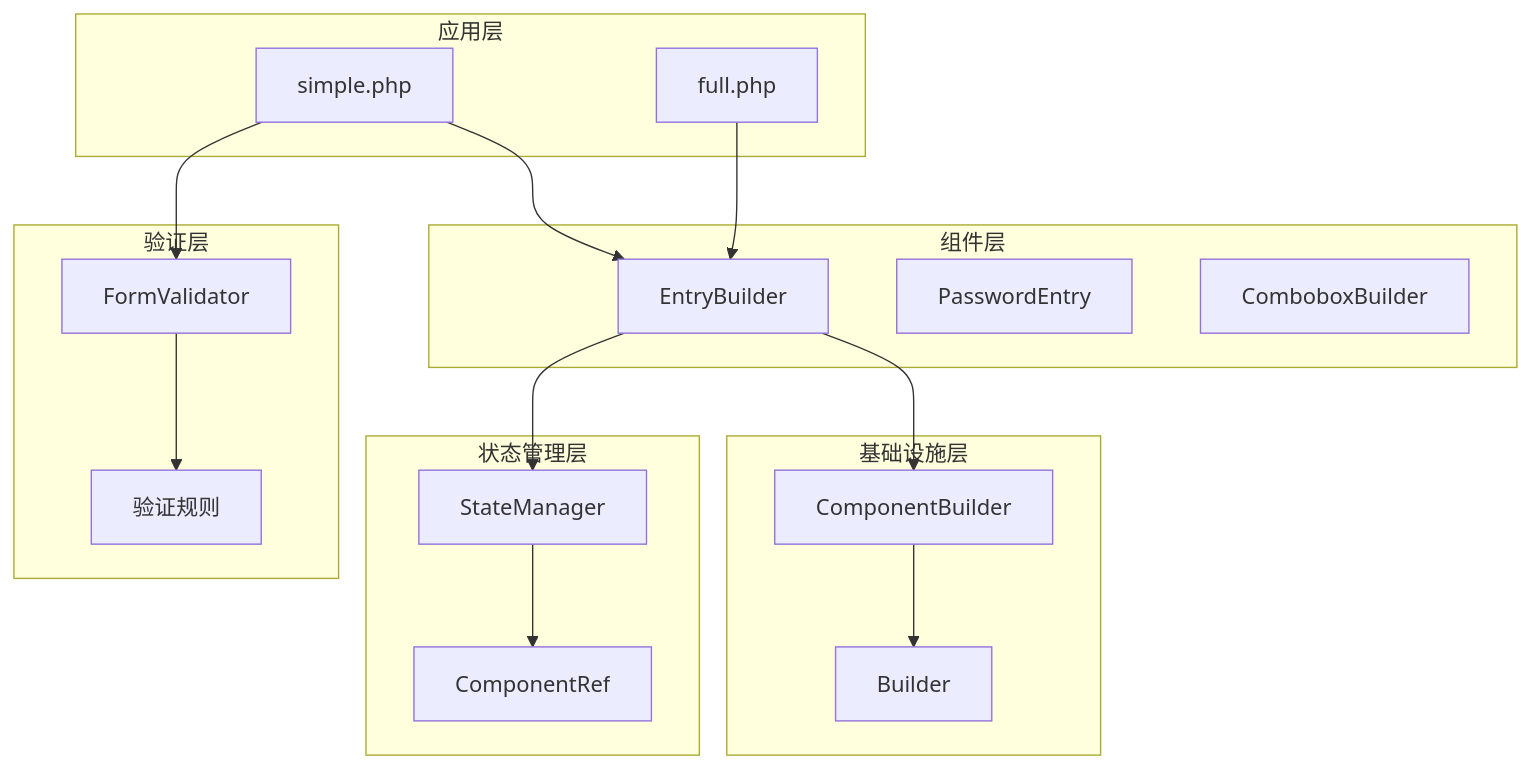
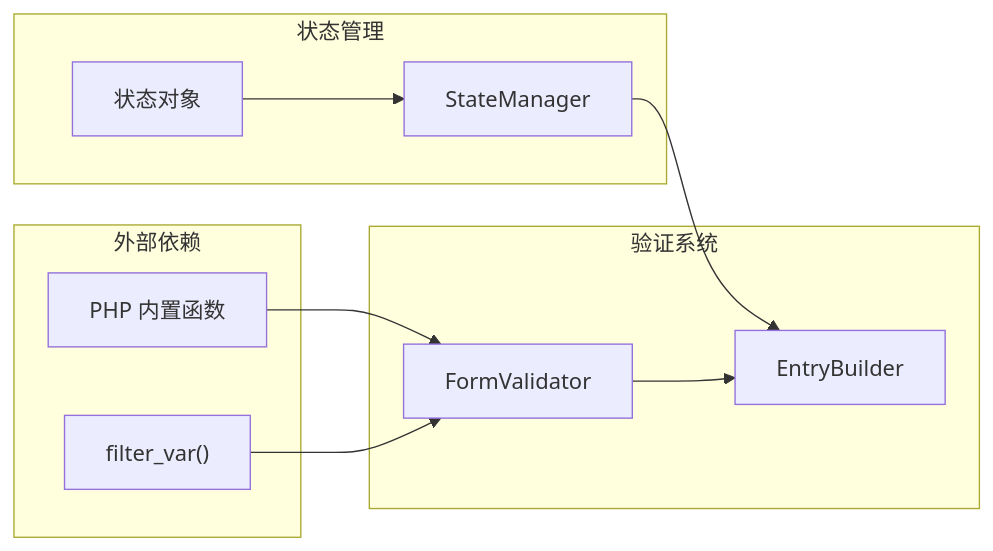
The seventh of 7 diagrams in .qoder/repowiki/zh/content/验证系统.md (yangweijie/libuiBuilder), drawn with Mermaid before and after one commit. The commit also changed other lines of this file and 126 other files, not shown here.

````diff
--- a/.qoder/repowiki/zh/content/验证系统.md
+++ b/.qoder/repowiki/zh/content/验证系统.md
@@ -276,32 +242,20 @@
 ```mermaid
-graph TD
-subgraph "应用层"
-SimpleExample[simple.php]
-FullExample[full.php]
+graph LR
+subgraph "外部依赖"
+PHP["PHP 内置函数"]
+Filter["filter_var()"]
 end
-subgraph "组件层"
-EntryBuilder[EntryBuilder]
-PasswordEntry[PasswordEntry]
-ComboboxBuilder[ComboboxBuilder]
+subgraph "验证系统"
+FormValidator["FormValidator"]
+EntryBuilder["EntryBuilder"]
 end
-subgraph "验证层"
-FormValidator[FormValidator]
-ValidationRules[验证规则]
+subgraph "状态管理"
+StateManager["StateManager"]
+State["状态对象"]
 end
-subgraph "状态管理层"
-StateManager[StateManager]
-ComponentRef[ComponentRef]
-end
-subgraph "基础设施层"
-ComponentBuilder[ComponentBuilder]
-Builder[Builder]
-end
-SimpleExample --> EntryBuilder
-SimpleExample --> FormValidator
-FullExample --> EntryBuilder
-EntryBuilder --> ComponentBuilder
-EntryBuilder --> StateManager
-FormValidator --> ValidationRules
-StateManager --> ComponentRef
-ComponentBuilder --> Builder
+PHP --> FormValidator
+Filter --> FormValidator
+StateManager --> EntryBuilder
+State --> StateManager
+FormValidator --> EntryBuilder
 ```
````
